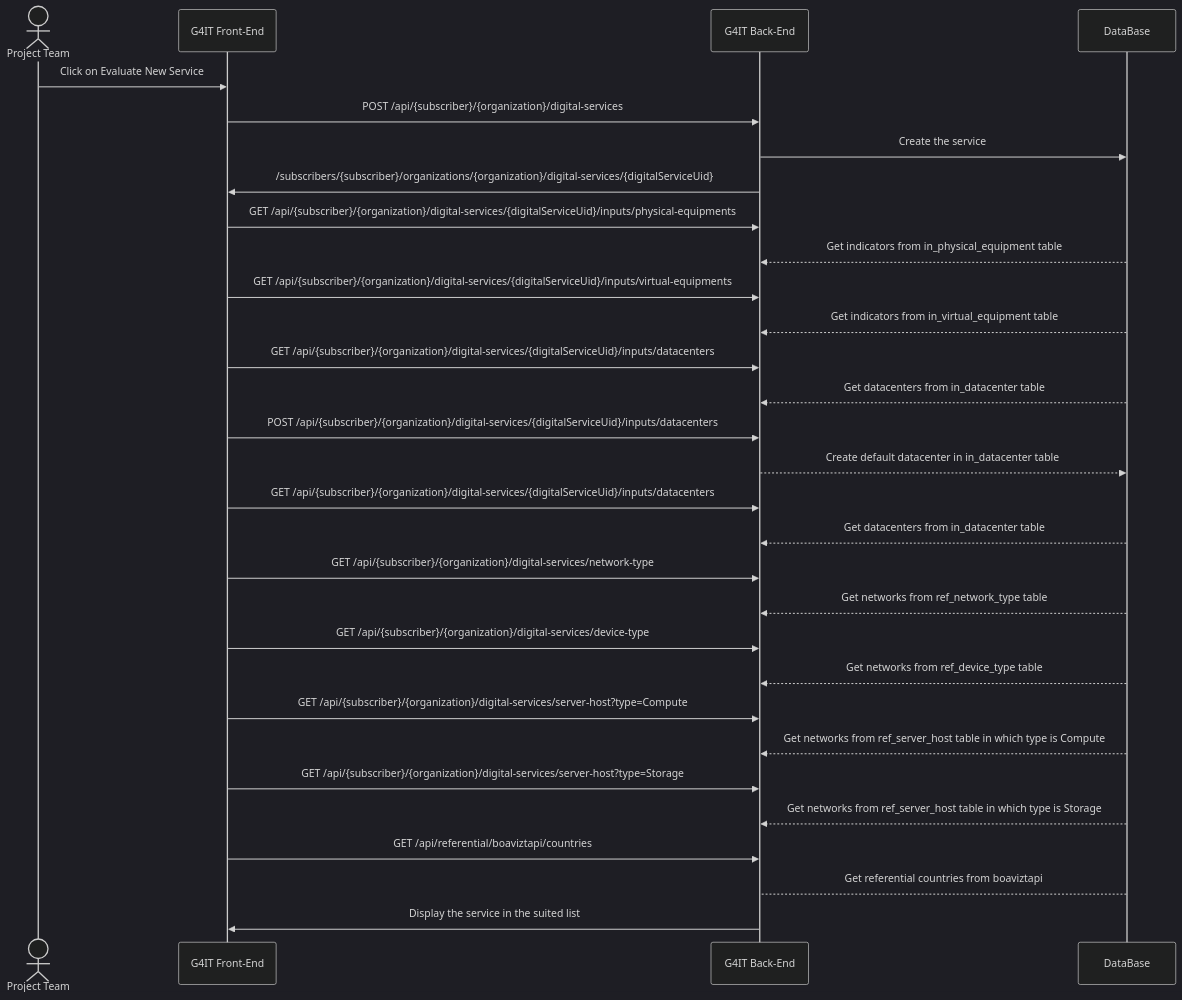
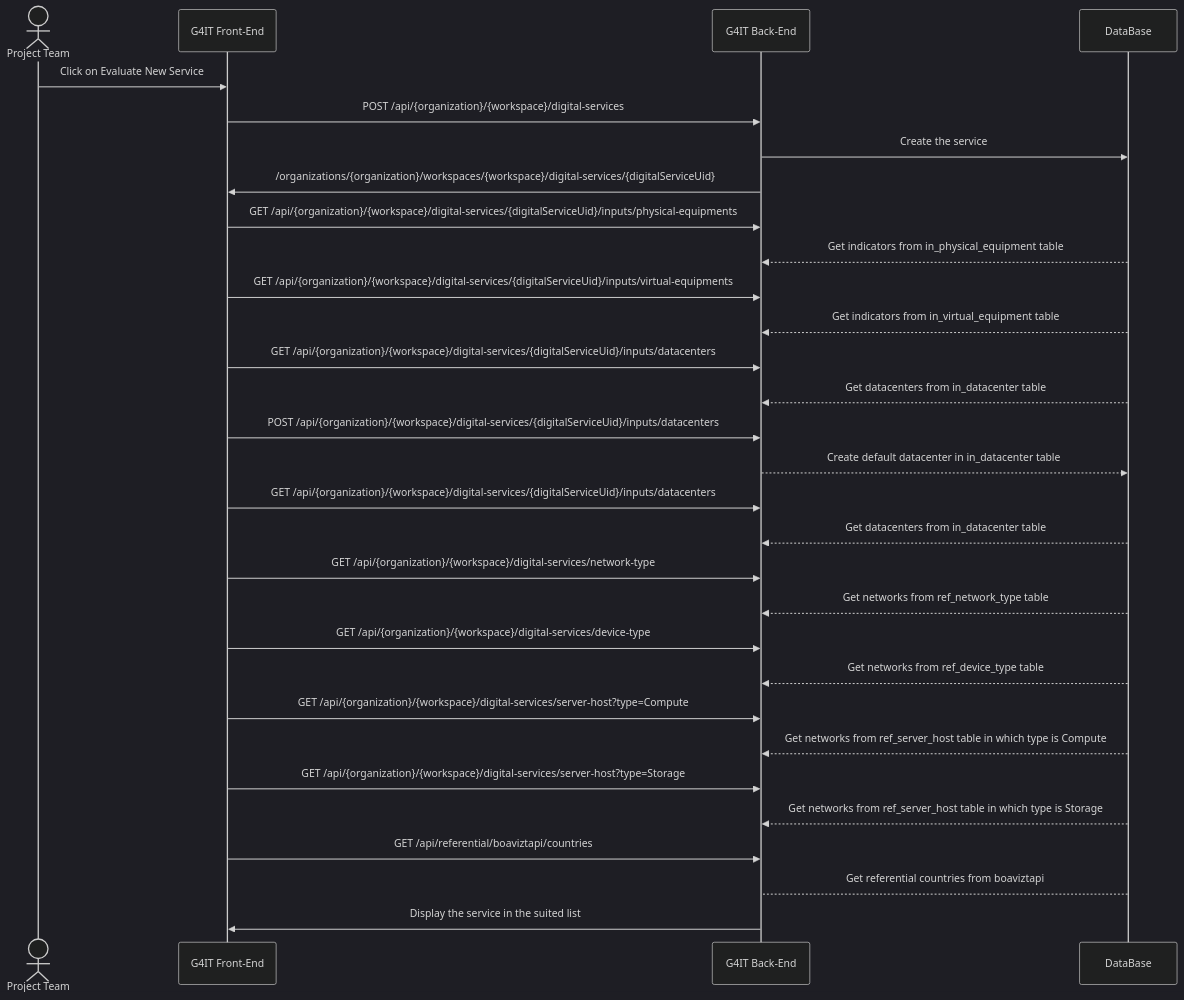
The second of 2 diagrams in services/documentation/content/2-functional-documentation/use_cases/uc_digital_services/uc1_visualize_digital_services.md (teamg4it/g4it), drawn with Mermaid (dark theme) before and after one commit. The commit also changed other lines of this file and 92 other files, not shown here.

```diff
--- a/services/documentation/content/2-functional-documentation/use_cases/uc_digital_services/uc1_visualize_digital_services.md
+++ b/services/documentation/content/2-functional-documentation/use_cases/uc_digital_services/uc1_visualize_digital_services.md
@@ -65,34 +65,34 @@
 {{< mermaid >}}
 sequenceDiagram
 actor RND as Project Team
 participant front as G4IT Front-End
 participant back as G4IT Back-End
 participant DataBase
 
 RND ->> front: Click on Evaluate New Service
-front ->> back: POST /api/{subscriber}/{organization}/digital-services
+front ->> back: POST /api/{organization}/{workspace}/digital-services
 back ->> DataBase: Create the service
-back ->> front: /subscribers/{subscriber}/organizations/{organization}/digital-services/{digitalServiceUid}
-front ->> back: GET /api/{subscriber}/{organization}/digital-services/{digitalServiceUid}/inputs/physical-equipments
+back ->> front: /organizations/{organization}/workspaces/{workspace}/digital-services/{digitalServiceUid}
+front ->> back: GET /api/{organization}/{workspace}/digital-services/{digitalServiceUid}/inputs/physical-equipments
 DataBase-->> back: Get indicators from in_physical_equipment table
-front ->> back: GET /api/{subscriber}/{organization}/digital-services/{digitalServiceUid}/inputs/virtual-equipments
+front ->> back: GET /api/{organization}/{workspace}/digital-services/{digitalServiceUid}/inputs/virtual-equipments
 DataBase-->> back: Get indicators from in_virtual_equipment table
-front ->> back: GET /api/{subscriber}/{organization}/digital-services/{digitalServiceUid}/inputs/datacenters
+front ->> back: GET /api/{organization}/{workspace}/digital-services/{digitalServiceUid}/inputs/datacenters
 DataBase-->> back: Get datacenters from in_datacenter table
-front ->> back: POST /api/{subscriber}/{organization}/digital-services/{digitalServiceUid}/inputs/datacenters
+front ->> back: POST /api/{organization}/{workspace}/digital-services/{digitalServiceUid}/inputs/datacenters
 back -->> DataBase: Create default datacenter in in_datacenter table
-front ->> back: GET /api/{subscriber}/{organization}/digital-services/{digitalServiceUid}/inputs/datacenters
+front ->> back: GET /api/{organization}/{workspace}/digital-services/{digitalServiceUid}/inputs/datacenters
 DataBase-->> back: Get datacenters from in_datacenter table
-front ->> back: GET /api/{subscriber}/{organization}/digital-services/network-type
+front ->> back: GET /api/{organization}/{workspace}/digital-services/network-type
 DataBase-->> back: Get networks from ref_network_type table
-front ->> back: GET /api/{subscriber}/{organization}/digital-services/device-type
+front ->> back: GET /api/{organization}/{workspace}/digital-services/device-type
 DataBase-->> back: Get networks from ref_device_type table
-front ->> back: GET /api/{subscriber}/{organization}/digital-services/server-host?type=Compute
+front ->> back: GET /api/{organization}/{workspace}/digital-services/server-host?type=Compute
 DataBase-->> back: Get networks from ref_server_host table in which type is Compute
-front ->> back: GET /api/{subscriber}/{organization}/digital-services/server-host?type=Storage
+front ->> back: GET /api/{organization}/{workspace}/digital-services/server-host?type=Storage
 DataBase-->> back: Get networks from ref_server_host table in which type is Storage
 front ->> back: GET /api/referential/boaviztapi/countries
 DataBase --> back : Get referential countries from boaviztapi
 back ->> front: Display the service in the suited list
 
 {{< /mermaid >}}
```
